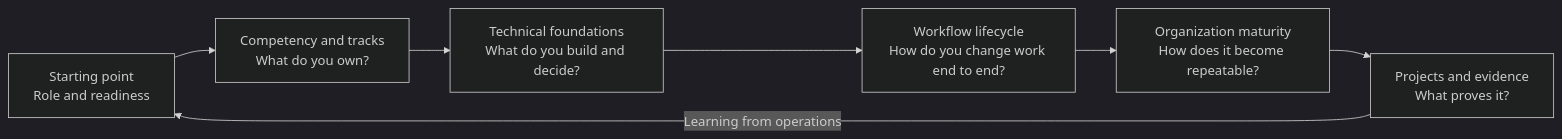
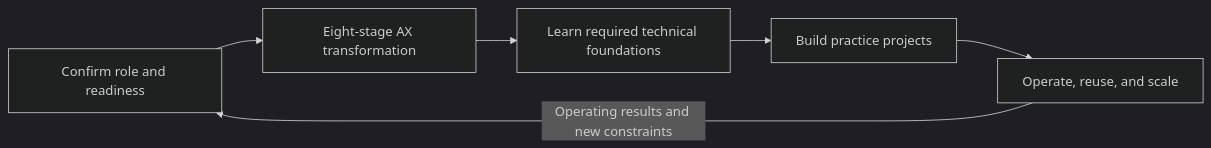
The diagram in en/README.md (woogi-kang/ax-engineer-roadmap), drawn with Mermaid (dark theme) before and after one commit. The commit also changed other lines of this file and 91 other files, not shown here.

Commit message:
docs: make the roadmap AX Engineer focused

````diff
--- a/en/README.md
+++ b/en/README.md
@@ -56,9 +31,8 @@
 ```mermaid
 flowchart LR
-    A["Starting point<br/>Role and readiness"] --> B["Competency and tracks<br/>What do you own?"]
-    B --> C["Technical foundations<br/>What do you build and decide?"]
-    C --> D["Workflow lifecycle<br/>How do you change work end to end?"]
-    D --> E["Organization maturity<br/>How does it become repeatable?"]
-    E --> F["Projects and evidence<br/>What proves it?"]
-    F -->|"Learning from operations"| A
+    A["Confirm role and readiness"] --> B["Eight-stage AX transformation"]
+    B --> C["Learn required technical foundations"]
+    C --> D["Build practice projects"]
+    D --> E["Operate, reuse, and scale"]
+    E -->|"Operating results and new constraints"| A
 ```
````
